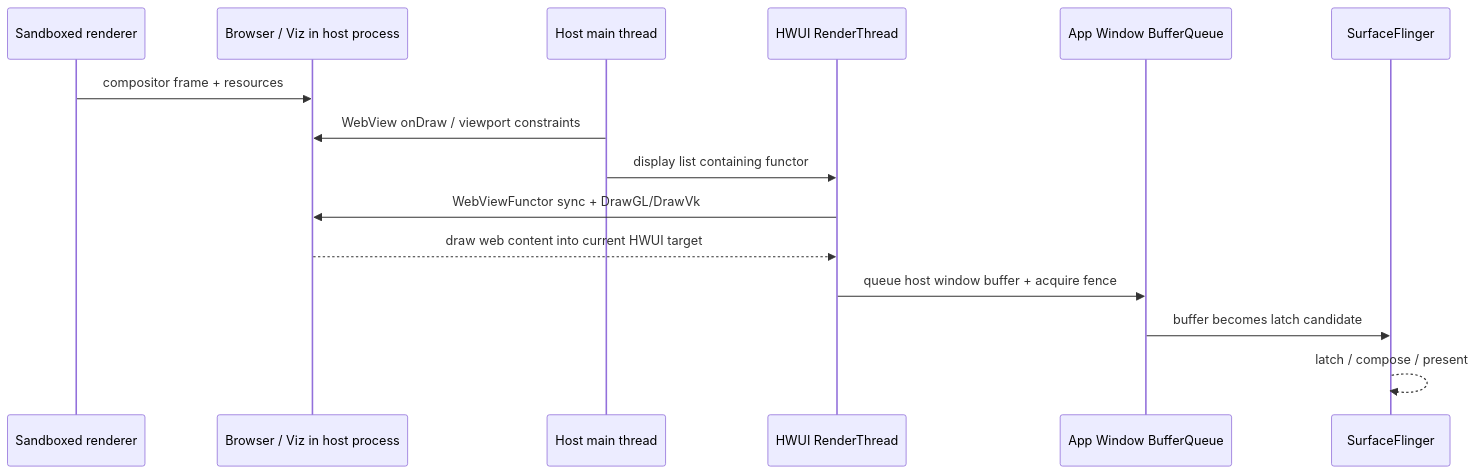
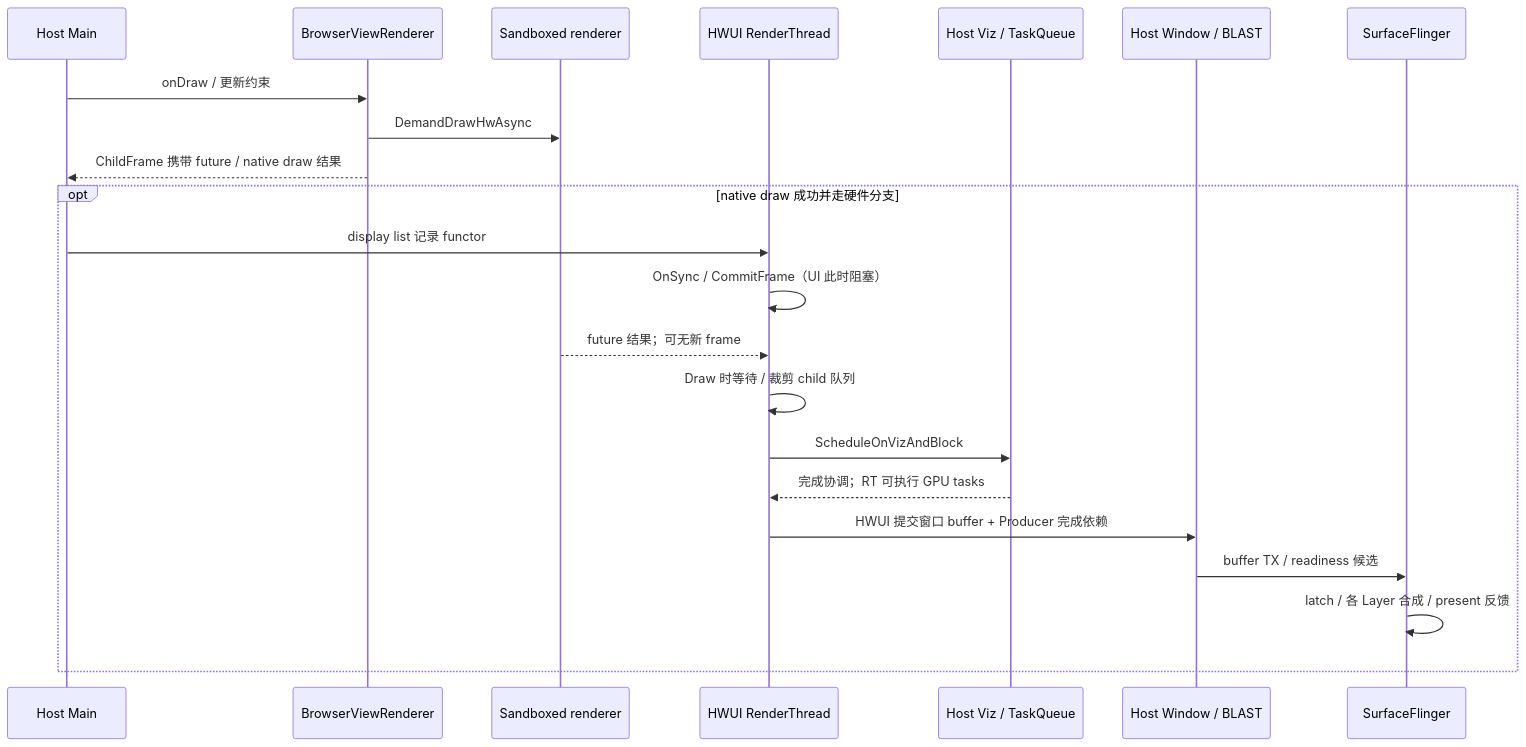
Before and after one commit to Gracker/android-internals-wiki: the second of 2 diagrams in src/part2-performance/ch13-rendering-pipelines/09-webview-rendering.md, drawn with Mermaid. The commit also changed other lines of this file and 196 other files, not shown here.

````diff
--- a/src/part2-performance/ch13-rendering-pipelines/09-webview-rendering.md
+++ b/src/part2-performance/ch13-rendering-pipelines/09-webview-rendering.md
@@ -315,18 +347,25 @@
 ```mermaid
 sequenceDiagram
+    participant UI as Host Main
+    participant B as BrowserViewRenderer
     participant R as Sandboxed renderer
-    participant B as Browser / Viz in host process
-    participant UI as Host main thread
     participant RT as HWUI RenderThread
-    participant W as App Window BufferQueue
+    participant V as Host Viz / TaskQueue
+    participant W as Host Window / BLAST
     participant SF as SurfaceFlinger
 
-    R->>B: compositor frame + resources
-    UI->>B: WebView onDraw / viewport constraints
-    UI->>RT: display list containing functor
-    RT->>B: WebViewFunctor sync + DrawGL/DrawVk
-    B-->>RT: draw web content into current HWUI target
-    RT->>W: queue host window buffer + acquire fence
-    W->>SF: buffer becomes latch candidate
-    SF-->>SF: latch / compose / present
+    UI->>B: onDraw / 更新约束
+    B->>R: DemandDrawHwAsync
+    B-->>UI: ChildFrame 携带 future / native draw 结果
+    opt native draw 成功并走硬件分支
+        UI->>RT: display list 记录 functor
+        RT->>RT: OnSync / CommitFrame（UI 此时阻塞）
+        R-->>RT: future 结果；可无新 frame
+        RT->>RT: Draw 时等待 / 裁剪 child 队列
+        RT->>V: ScheduleOnVizAndBlock
+        V-->>RT: 完成协调；RT 可执行 GPU tasks
+        RT->>W: HWUI 提交窗口 buffer + Producer 完成依赖
+        W->>SF: buffer TX / readiness 候选
+        SF->>SF: latch / 各 Layer 合成 / present 反馈
+    end
 ```
````
